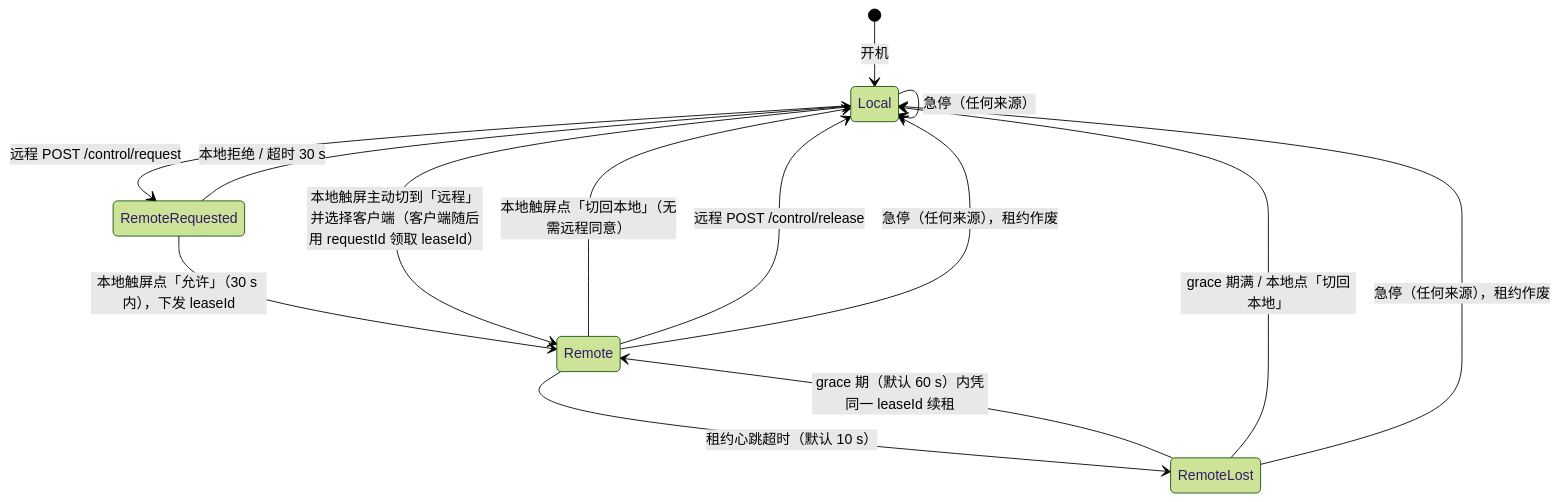
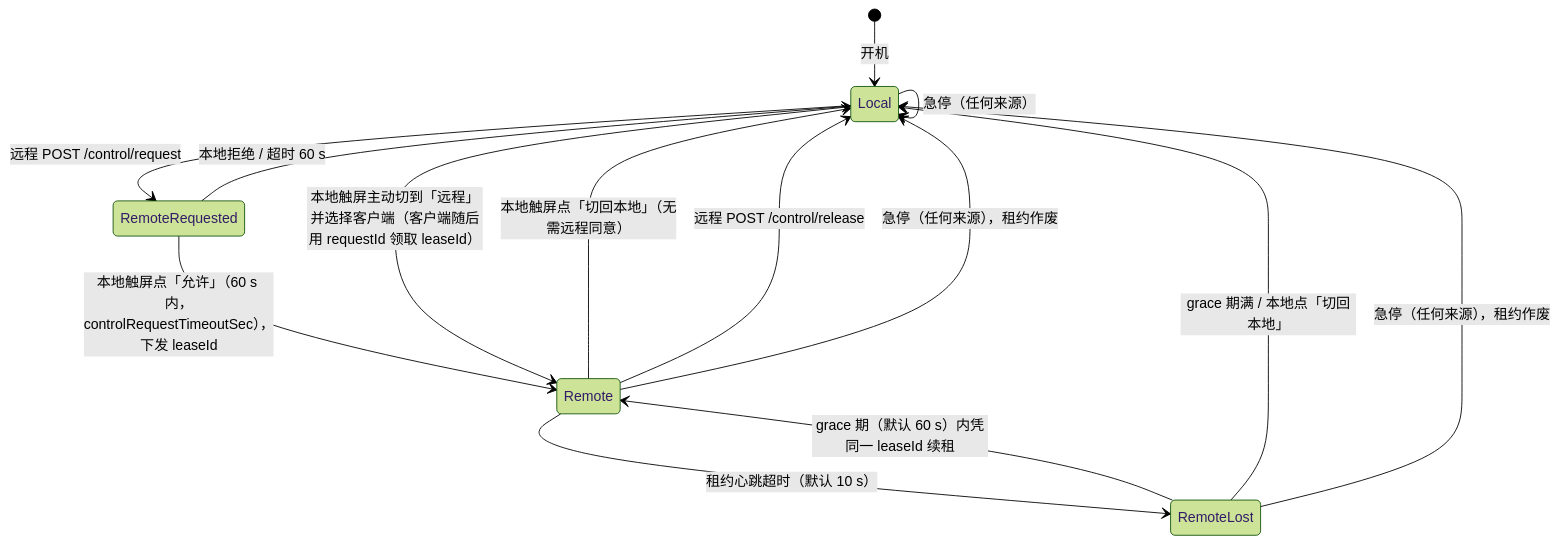
Before and after one commit to To-lovely-April-days/ParallelReactor-avalonia: the second of 2 diagrams in doc/对外通讯接口设计.md, drawn with Mermaid (forest theme). The commit also changed other lines of this file and 84 other files, not shown here.

````diff
--- a/doc/对外通讯接口设计.md
+++ b/doc/对外通讯接口设计.md
@@ -320,16 +321,16 @@
 ```mermaid
 stateDiagram-v2
   [*] --> Local : 开机
   Local --> RemoteRequested : 远程 POST /control/request
-  RemoteRequested --> Remote : 本地触屏点「允许」（30 s 内），下发 leaseId
-  RemoteRequested --> Local : 本地拒绝 / 超时 30 s
+  RemoteRequested --> Remote : 本地触屏点「允许」（60 s 内，controlRequestTimeoutSec），下发 leaseId
+  RemoteRequested --> Local : 本地拒绝 / 超时 60 s
   Local --> Remote : 本地触屏主动切到「远程」并选择客户端（客户端随后用 requestId 领取 leaseId）
   Remote --> Local : 本地触屏点「切回本地」（无需远程同意）
   Remote --> Local : 远程 POST /control/release
   Remote --> RemoteLost : 租约心跳超时（默认 10 s）
   RemoteLost --> Remote : grace 期（默认 60 s）内凭同一 leaseId 续租
   RemoteLost --> Local : grace 期满 / 本地点「切回本地」
   Local --> Local : 急停（任何来源）
   Remote --> Local : 急停（任何来源），租约作废
   RemoteLost --> Local : 急停（任何来源），租约作废
 ```
````
